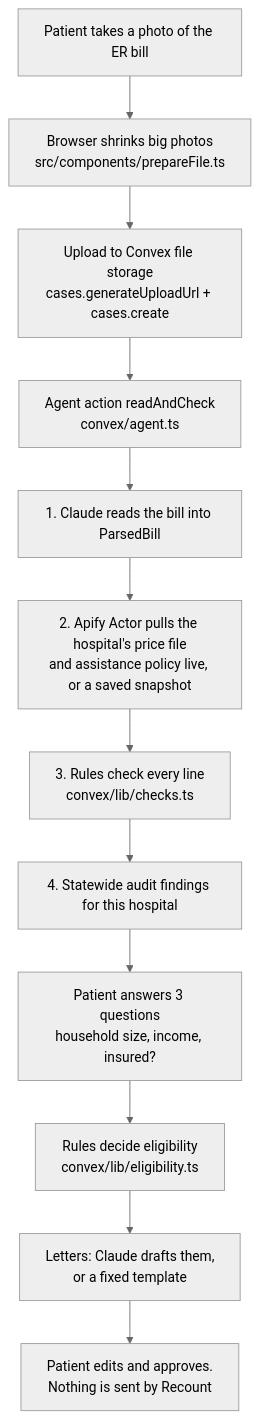
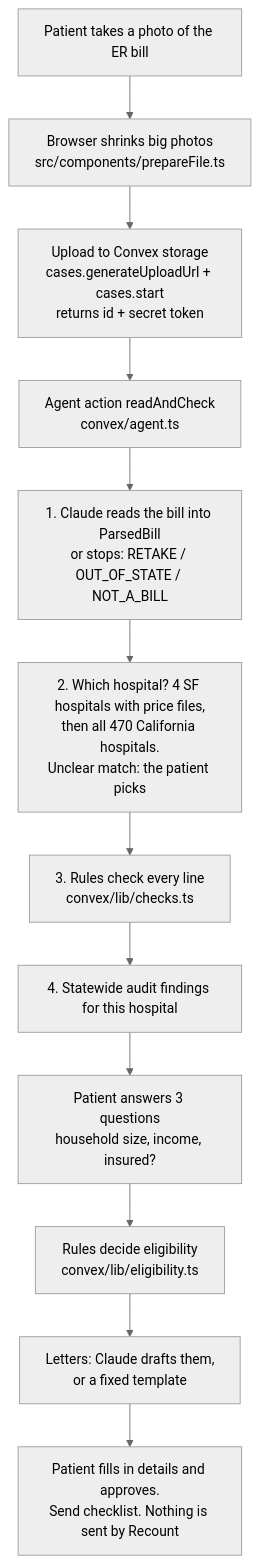
Before and after one commit to VolodymyrLinuxovich/recount: the diagram in docs/HOW-IT-WORKS.md, drawn with Mermaid (neutral theme). The commit also changed other lines of this file and 1 other file, not shown here.

````diff
--- a/docs/HOW-IT-WORKS.md
+++ b/docs/HOW-IT-WORKS.md
@@ -7,14 +9,14 @@
 ```mermaid
 flowchart TD
   A[Patient takes a photo of the ER bill] --> B[Browser shrinks big photos<br/>src/components/prepareFile.ts]
-  B --> C[Upload to Convex file storage<br/>cases.generateUploadUrl + cases.create]
+  B --> C[Upload to Convex storage<br/>cases.generateUploadUrl + cases.start<br/>returns id + secret token]
   C --> D[Agent action readAndCheck<br/>convex/agent.ts]
-  D --> D1[1. Claude reads the bill into ParsedBill]
-  D1 --> D2[2. Apify Actor pulls the hospital's price file<br/>and assistance policy live, or a saved snapshot]
+  D --> D1[1. Claude reads the bill into ParsedBill<br/>or stops: RETAKE / OUT_OF_STATE / NOT_A_BILL]
+  D1 --> D2[2. Which hospital? 4 SF hospitals with price files,<br/>then all 470 California hospitals.<br/>Unclear match: the patient picks]
   D2 --> D3[3. Rules check every line<br/>convex/lib/checks.ts]
   D3 --> D4[4. Statewide audit findings for this hospital]
   D4 --> E[Patient answers 3 questions<br/>household size, income, insured?]
   E --> F[Rules decide eligibility<br/>convex/lib/eligibility.ts]
   F --> G[Letters: Claude drafts them,<br/>or a fixed template]
-  G --> H[Patient edits and approves.<br/>Nothing is sent by Recount]
+  G --> H[Patient fills in details and approves.<br/>Send checklist. Nothing is sent by Recount]
 ```
````
